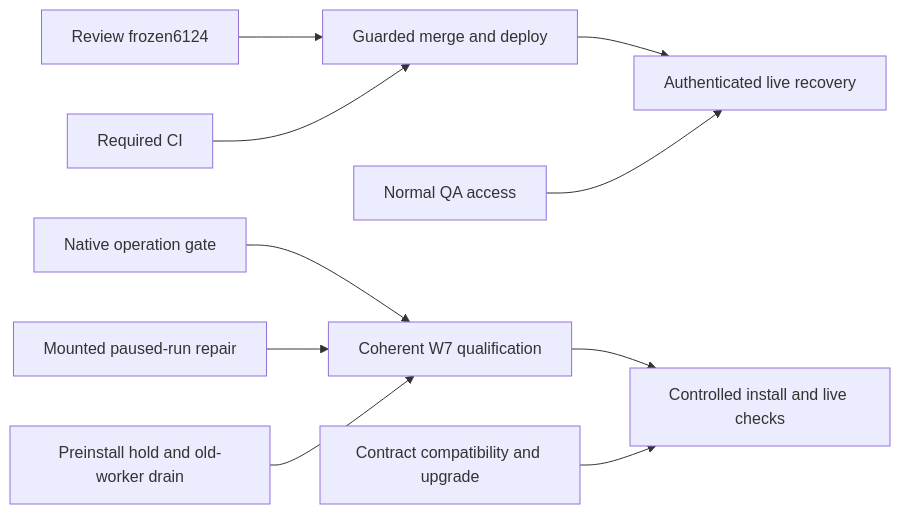
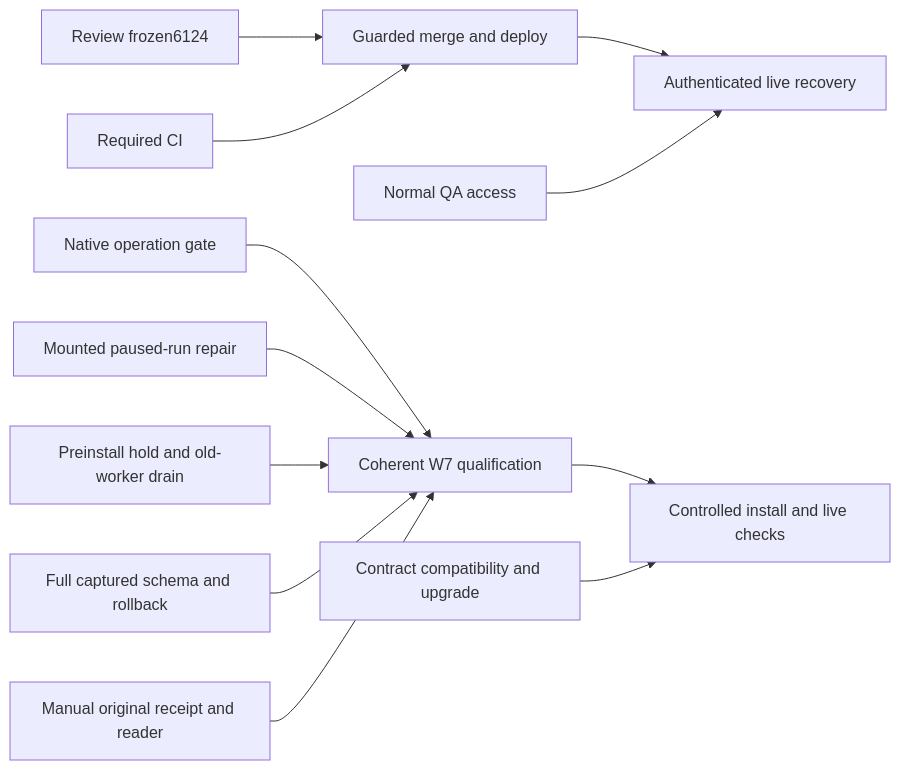
Before and after one commit to jtobkin/supraos-workflow-plan: the first of 2 diagrams in Delivery-Path-Release-Plan.md, drawn with Mermaid. The commit also changed other lines of this file and 2 other files, not shown here.

````diff
--- a/Delivery-Path-Release-Plan.md
+++ b/Delivery-Path-Release-Plan.md
@@ -27,12 +29,14 @@
 ```mermaid
 flowchart LR
  S1[Review frozen6124] --> S4[Guarded merge and deploy]
  S2[Required CI] --> S4
  S4 --> S5[Authenticated live recovery]
  S3[Normal QA access] --> S5
  W1[Native operation gate] --> W4[Coherent W7 qualification]
  W2[Mounted paused-run repair] --> W4
  W3[Preinstall hold and old-worker drain] --> W4
+ WP[Full captured schema and rollback] --> W4
+ WM[Manual original receipt and reader] --> W4
  W4 --> W5[Controlled install and live checks]
  L1[Contract compatibility and upgrade] --> W5
 ```
````
